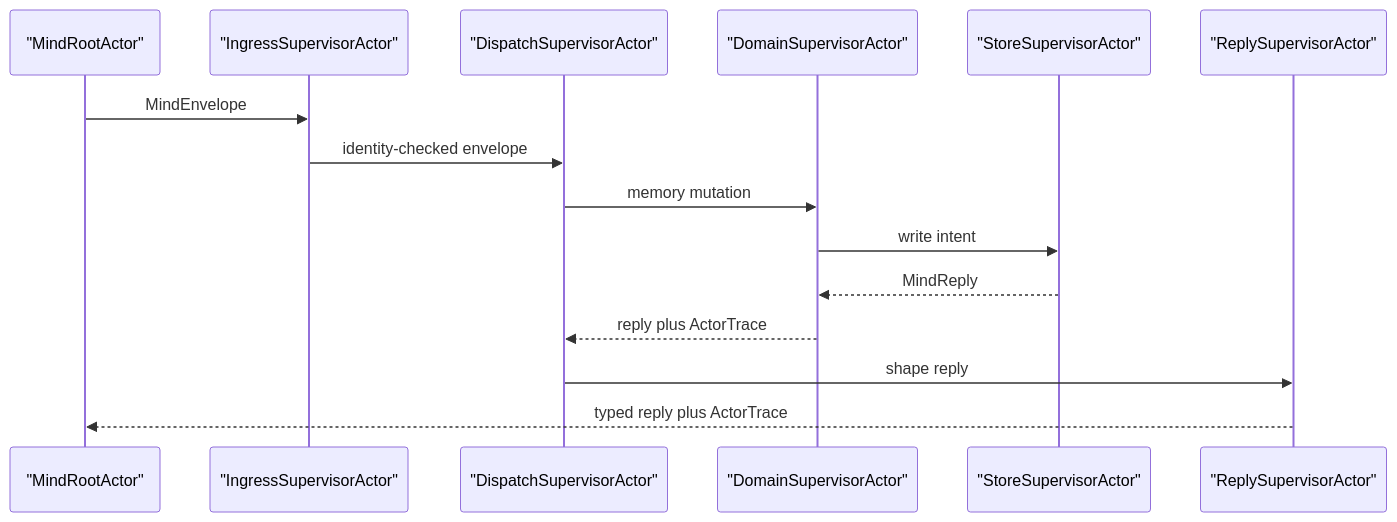
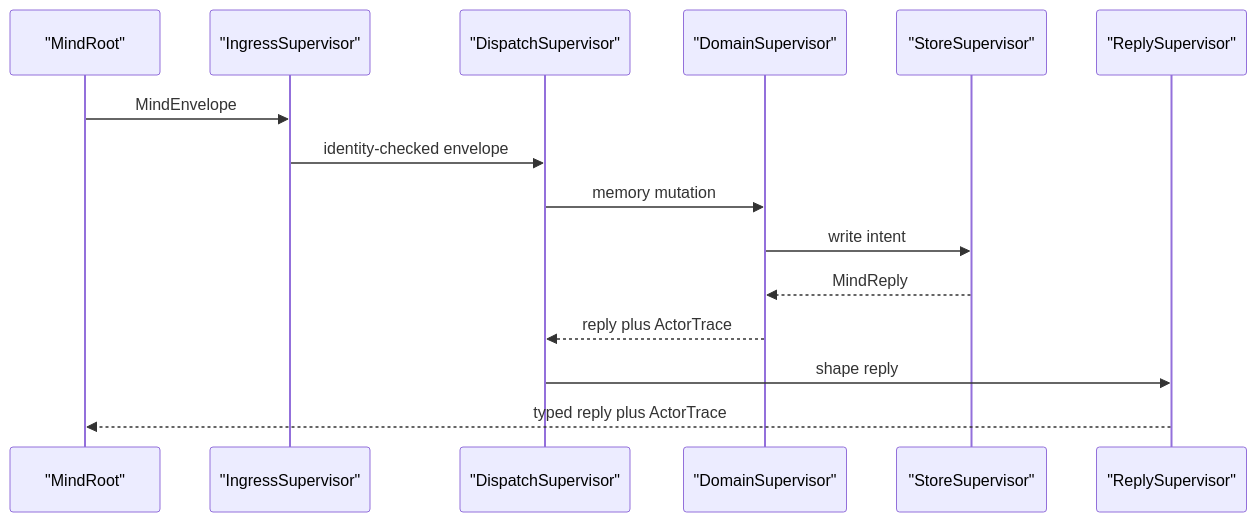
The third of 3 diagrams in ARCHITECTURE.md (LiGoldragon/persona-orchestrate), drawn with Mermaid before and after one commit. The commit also changed other lines of this file and 15 other files, not shown here.

````diff
--- a/ARCHITECTURE.md
+++ b/ARCHITECTURE.md
@@ -134,18 +132,18 @@
 ```mermaid
 sequenceDiagram
-    participant Root as "MindRootActor"
-    participant Ingress as "IngressSupervisorActor"
-    participant Dispatch as "DispatchSupervisorActor"
-    participant Domain as "DomainSupervisorActor"
-    participant Store as "StoreSupervisorActor"
-    participant Reply as "ReplySupervisorActor"
+    participant Root as "MindRoot"
+    participant Ingress as "IngressSupervisor"
+    participant Dispatch as "DispatchSupervisor"
+    participant Domain as "DomainSupervisor"
+    participant Store as "StoreSupervisor"
+    participant Reply as "ReplySupervisor"
 
     Root->>Ingress: MindEnvelope
     Ingress->>Dispatch: identity-checked envelope
     Dispatch->>Domain: memory mutation
     Domain->>Store: write intent
     Store-->>Domain: MindReply
     Domain-->>Dispatch: reply plus ActorTrace
     Dispatch->>Reply: shape reply
     Reply-->>Root: typed reply plus ActorTrace
 ```
````
